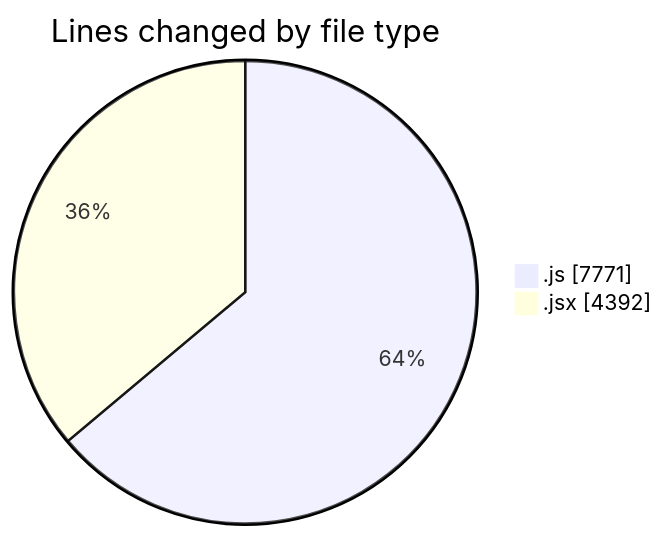
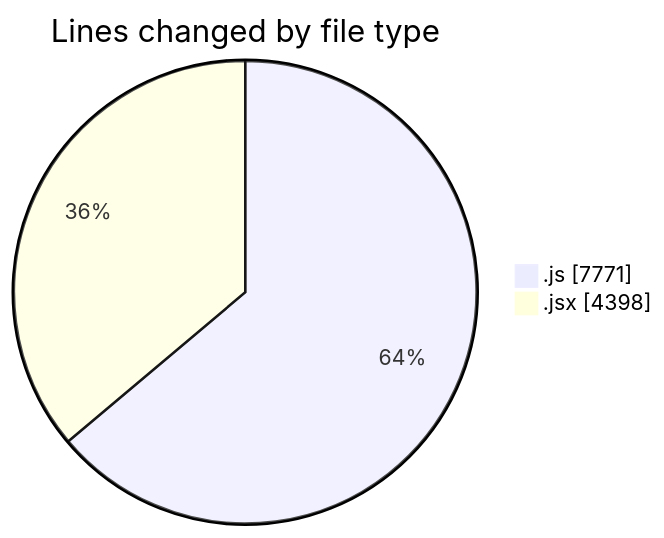
The first of 2 diagrams in 2025-12-10/nxtqube_webapp/README.md (nxtqubesakshisongat/code-tracking), drawn with Mermaid before and after one commit. The commit also changed other lines of this file and 1 other file, not shown here.

````diff
--- a/2025-12-10/nxtqube_webapp/README.md
+++ b/2025-12-10/nxtqube_webapp/README.md
@@ -23,6 +23,6 @@
 ```mermaid
 pie showData
 title Lines changed by file type
 ".js" : 7771
-".jsx" : 4392
+".jsx" : 4398
 ```
````
